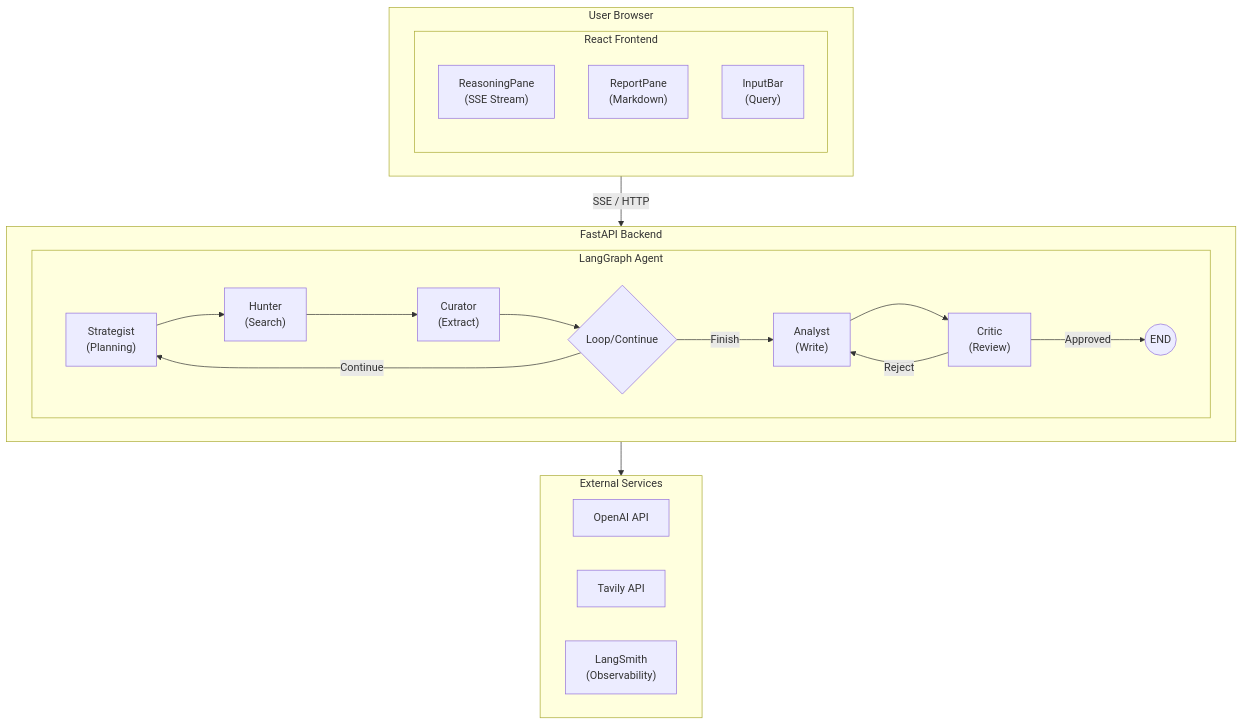
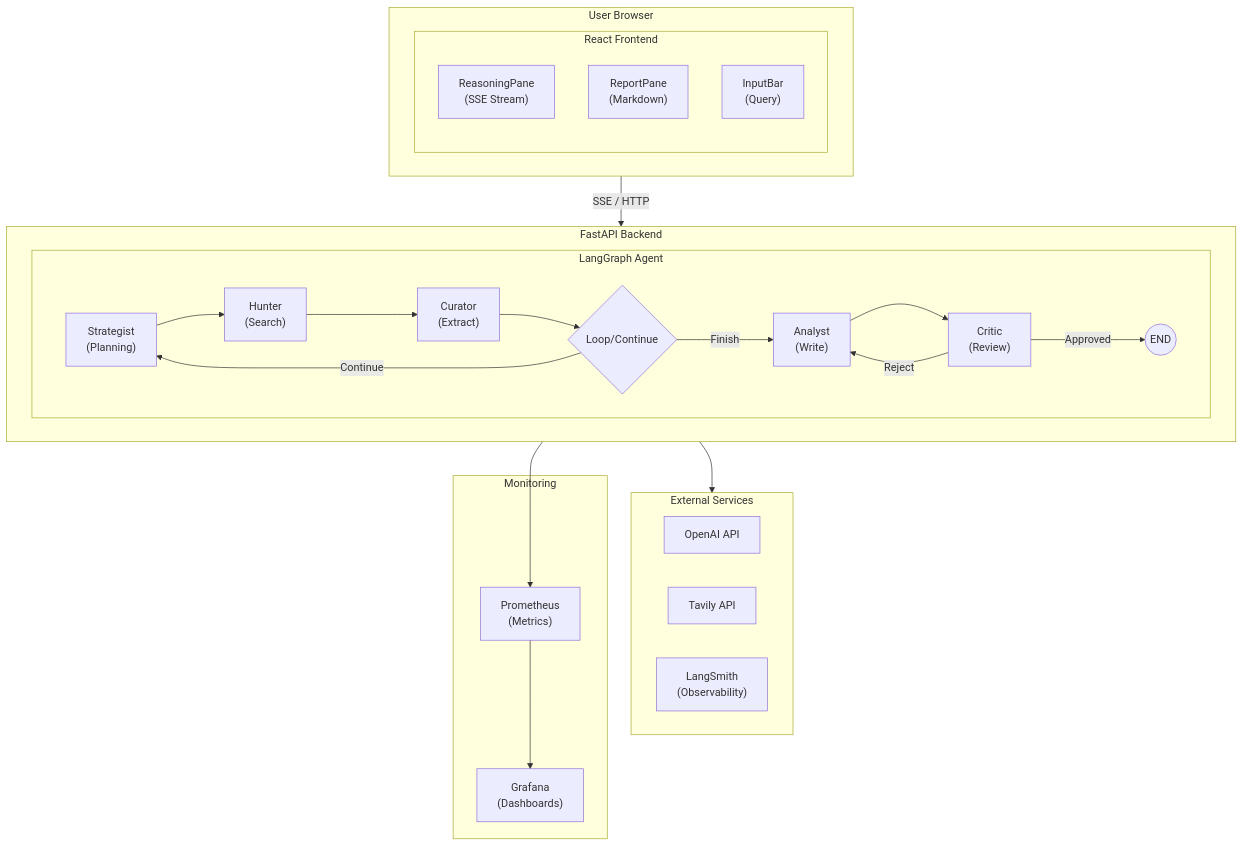
The first of 2 diagrams in ARCHITECTURE.md (bhattaraiprayag/Deep-Research-Agent), drawn with Mermaid before and after one commit. The commit also changed other lines of this file and 30 other files, not shown here.

Commit message:
feature: implemented Prometheus monitoring + Grafana dashboards

````diff
--- a/ARCHITECTURE.md
+++ b/ARCHITECTURE.md
@@ -9,35 +9,42 @@
 ```mermaid
 graph TD
     subgraph Browser ["User Browser"]
         subgraph ReactFrontend ["React Frontend"]
             direction TB
             ReasoningPane["ReasoningPane<br>(SSE Stream)"]
             ReportPane["ReportPane<br>(Markdown)"]
             InputBar["InputBar<br>(Query)"]
         end
     end
 
     Browser -- "SSE / HTTP" --> Backend
 
     subgraph Backend ["FastAPI Backend"]
         subgraph LangGraphAgent ["LangGraph Agent"]
             direction LR
             Strategist["Strategist<br>(Planning)"] --> Hunter["Hunter<br>(Search)"]
             Hunter --> Curator["Curator<br>(Extract)"]
             Curator --> Loop{Loop/Continue}
             Loop -->|Continue| Strategist
             Loop -->|Finish| Analyst["Analyst<br>(Write)"]
             Analyst --> Critic["Critic<br>(Review)"]
             Critic -->|Approved| End((END))
             Critic -->|Reject| Analyst
         end
     end
 
-    Backend --> Services
-
     subgraph Services ["External Services"]
         OpenAI["OpenAI API"]
         Tavily["Tavily API"]
         LangSmith["LangSmith<br>(Observability)"]
     end
+
+    subgraph Monitoring ["Monitoring"]
+        Prometheus["Prometheus<br>(Metrics)"]
+        Grafana["Grafana<br>(Dashboards)"]
+    end
+
+    Backend --> Services
+    Backend --> Prometheus
+    Prometheus --> Grafana
 ```
````
